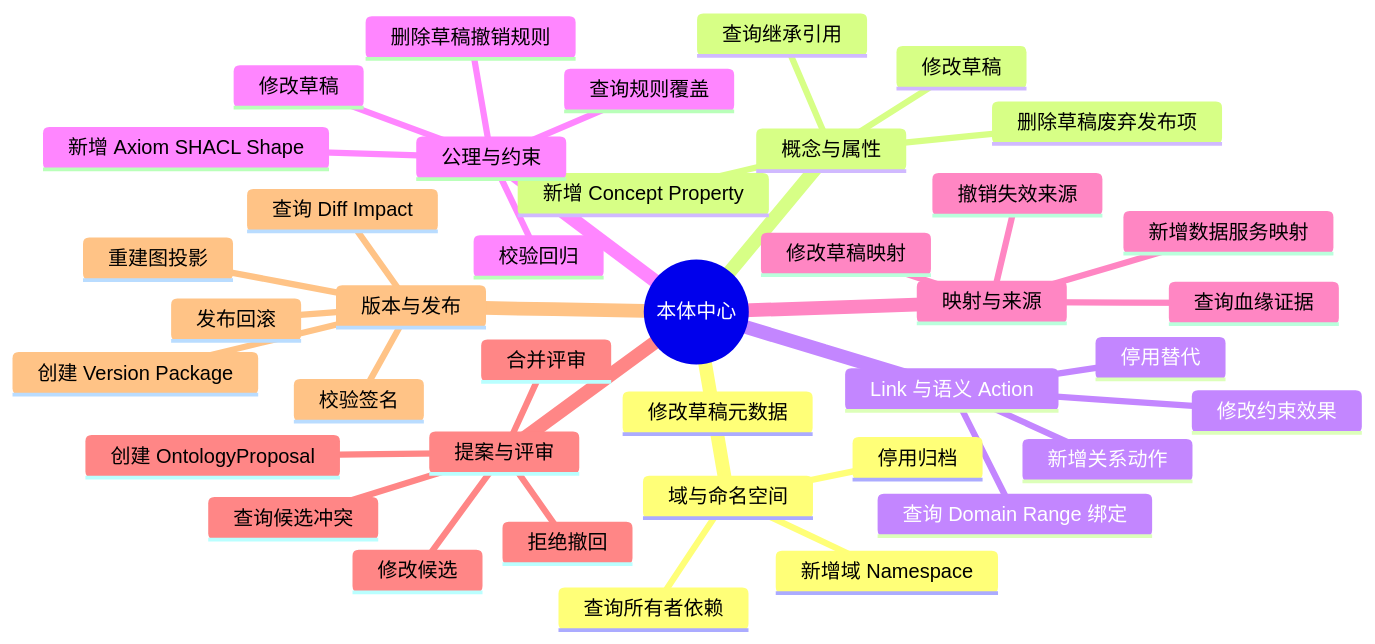
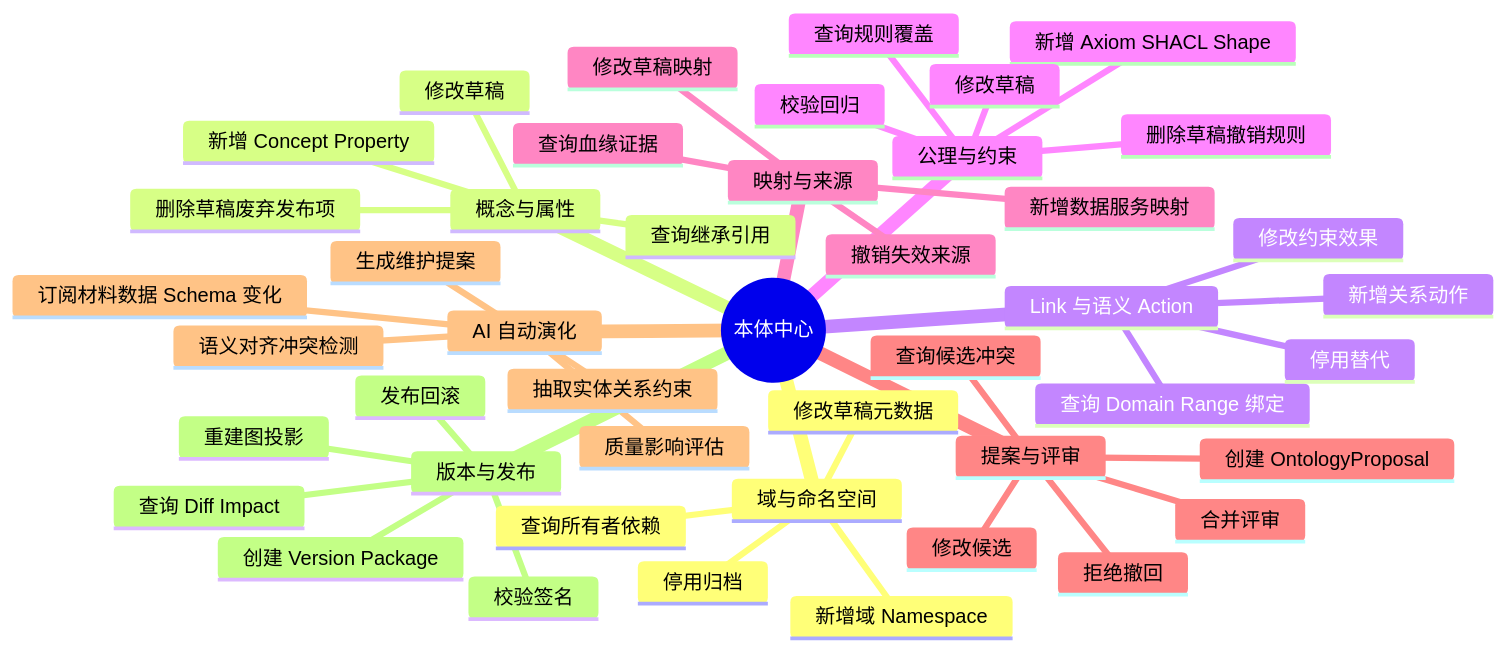
One commit to Bert0000000000/MetaPlatform changed the ninth of 22 diagrams in docs/superpowers/specs/2026-09-01-metaplatform-product-modules-design.md. Above: the diagram before and after it, drawn with Mermaid. The commit also changed other lines of this file, not shown here.

````diff
--- a/docs/superpowers/specs/2026-09-01-metaplatform-product-modules-design.md
+++ b/docs/superpowers/specs/2026-09-01-metaplatform-product-modules-design.md
@@ -536,42 +551,48 @@
 ```mermaid
 mindmap
   root((本体中心))
     域与命名空间
       新增域 Namespace
       查询所有者依赖
       修改草稿元数据
       停用归档
     概念与属性
       新增 Concept Property
       查询继承引用
       修改草稿
       删除草稿废弃发布项
     Link 与语义 Action
       新增关系动作
       查询 Domain Range 绑定
       修改约束效果
       停用替代
     公理与约束
       新增 Axiom SHACL Shape
       查询规则覆盖
       修改草稿
       删除草稿撤销规则
       校验回归
     映射与来源
       新增数据服务映射
       查询血缘证据
       修改草稿映射
       撤销失效来源
     提案与评审
       创建 OntologyProposal
       查询候选冲突
       修改候选
       拒绝撤回
       合并评审
+    AI 自动演化
+      订阅材料数据 Schema 变化
+      抽取实体关系约束
+      语义对齐冲突检测
+      质量影响评估
+      生成维护提案
     版本与发布
       创建 Version Package
       查询 Diff Impact
       校验签名
       发布回滚
       重建图投影
 ```
````
